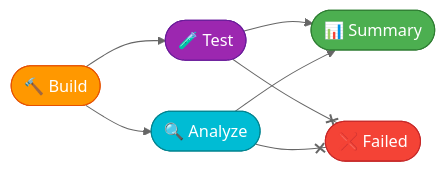
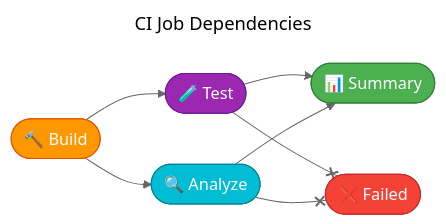
Before and after one commit to Evilazaro/Azure-LogicApps-Monitoring: the second of 2 diagrams in docs/devops/ci-dotnet-reusable.md, drawn with Mermaid (neutral theme). The commit also changed other lines of this file and 3 other files, not shown here.

Commit message:
docs: Add titles to mermaid diagrams for improved clarity in DevOps documentation

````diff
--- a/docs/devops/ci-dotnet-reusable.md
+++ b/docs/devops/ci-dotnet-reusable.md
@@ -496,21 +499,24 @@
 ```mermaid
+---
+title: CI Job Dependencies
+---
 flowchart LR
     build(["🔨 Build"]) --> test(["🧪 Test"])
     build --> analyze(["🔍 Analyze"])
     test --> summary(["📊 Summary"])
     analyze --> summary
     test --x failure(["❌ Failed"])
     analyze --x failure
 
     classDef build fill:#FF9800,stroke:#E65100,color:#fff
     classDef test fill:#9C27B0,stroke:#6A1B9A,color:#fff
     classDef analyze fill:#00BCD4,stroke:#00838F,color:#fff
     classDef summary fill:#4CAF50,stroke:#2E7D32,color:#fff
     classDef failed fill:#F44336,stroke:#C62828,color:#fff
 
     class build build
     class test test
     class analyze analyze
     class summary summary
     class failure failed
 ```
````
